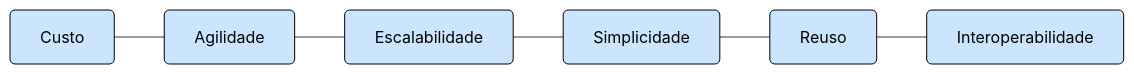
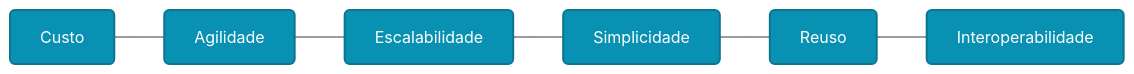
The second of 2 diagrams in content/classes/01-intro/warmup.md (Insper/dataeng), drawn with Mermaid before and after one commit. The commit also changed other lines of this file and 12 other files, not shown here.

````diff
--- a/content/classes/01-intro/warmup.md
+++ b/content/classes/01-intro/warmup.md
@@ -63,11 +65,11 @@
 ```mermaid
 flowchart LR
-    style Custo fill:#cce5ff,stroke:#000,color:#000,rx:5,ry:5
-    style Agilidade fill:#cce5ff,stroke:#000,color:#000,rx:5,ry:5
-    style Escalabilidade fill:#cce5ff,stroke:#000,color:#000,rx:5,ry:5
-    style Simplicidade fill:#cce5ff,stroke:#000,color:#000,rx:5,ry:5
-    style Reuso fill:#cce5ff,stroke:#000,color:#000,rx:5,ry:5
-    style Interoperabilidade fill:#cce5ff,stroke:#000,color:#000,rx:5,ry:5
+    style Custo fill:#0891b2,stroke:#0e7490,color:#ffffff,rx:5,ry:5,stroke-width:2px
+    style Agilidade fill:#0891b2,stroke:#0e7490,color:#ffffff,rx:5,ry:5,stroke-width:2px
+    style Escalabilidade fill:#0891b2,stroke:#0e7490,color:#ffffff,rx:5,ry:5,stroke-width:2px
+    style Simplicidade fill:#0891b2,stroke:#0e7490,color:#ffffff,rx:5,ry:5,stroke-width:2px
+    style Reuso fill:#0891b2,stroke:#0e7490,color:#ffffff,rx:5,ry:5,stroke-width:2px
+    style Interoperabilidade fill:#0891b2,stroke:#0e7490,color:#ffffff,rx:5,ry:5,stroke-width:2px
 
     Custo[Custo] --- Agilidade[Agilidade] --- Escalabilidade[Escalabilidade] --- Simplicidade[Simplicidade] --- Reuso[Reuso] --- Interoperabilidade[Interoperabilidade]
 ```
````
